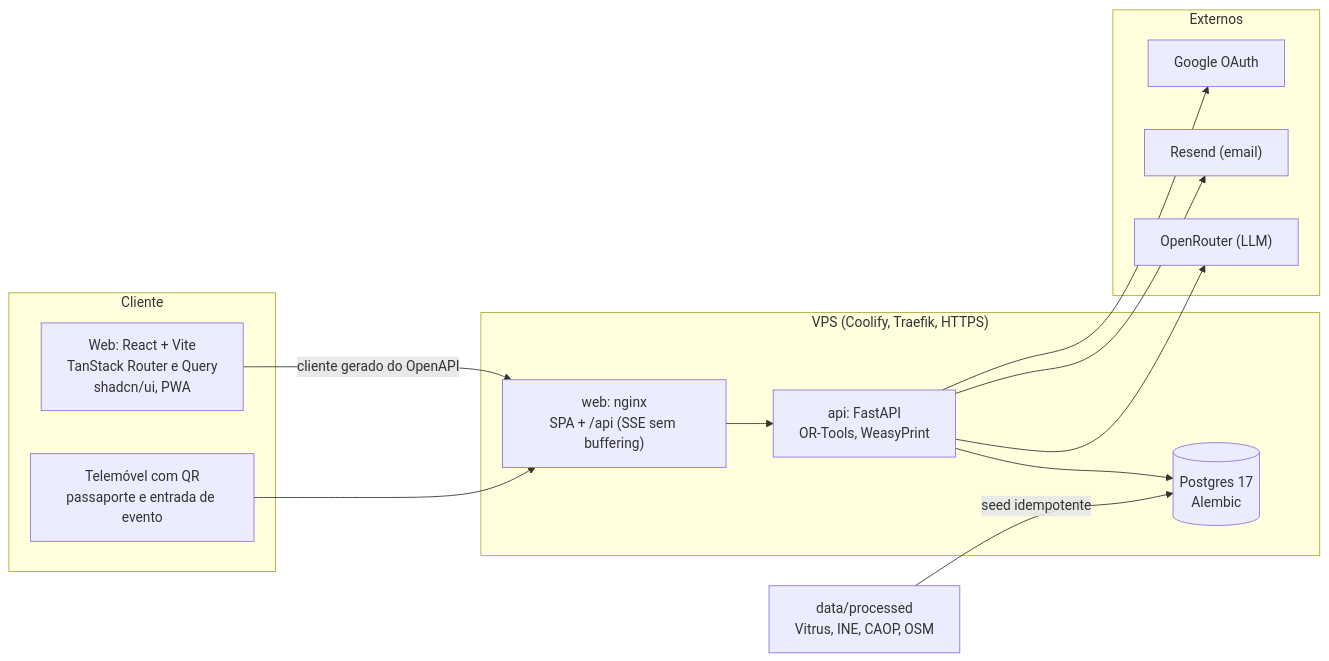
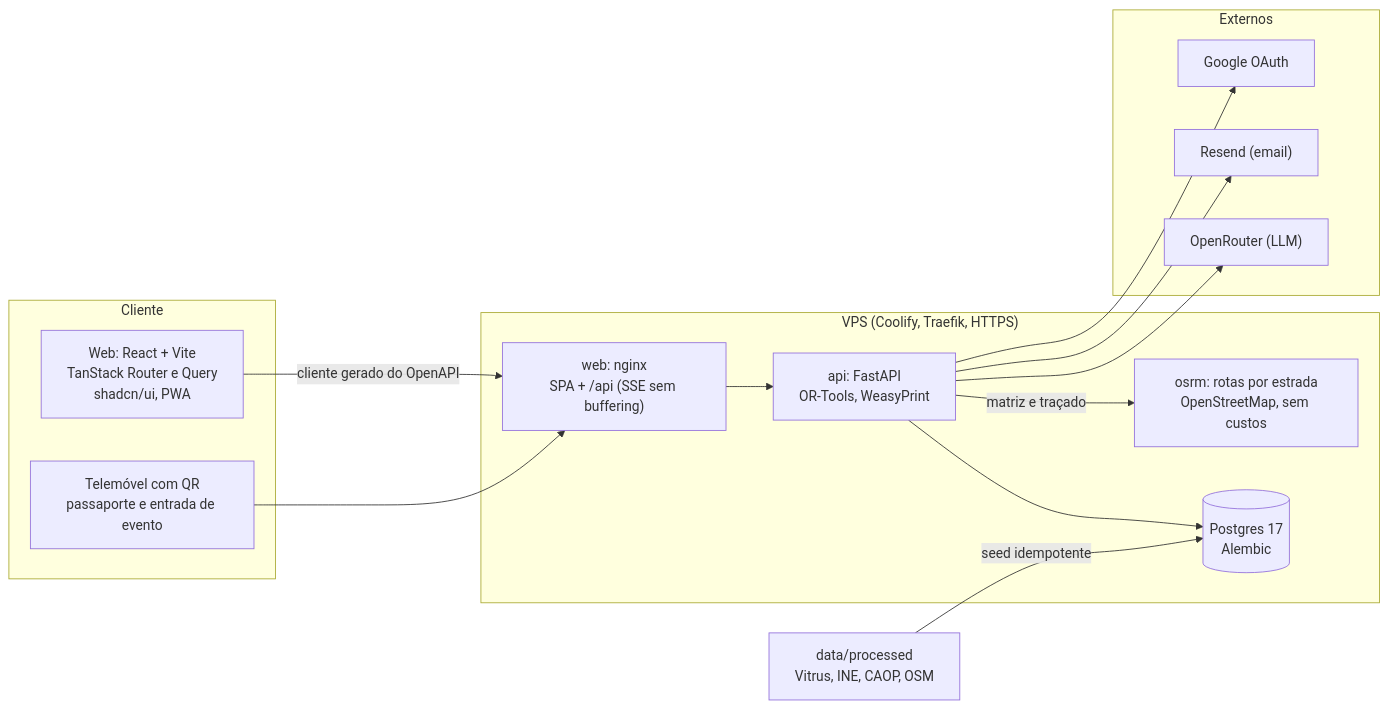
Before and after one commit to helderpgoncalves/novelo: the second of 2 diagrams in README.md, drawn with Mermaid. The commit also changed other lines of this file and 55 other files, not shown here.

````diff
--- a/README.md
+++ b/README.md
@@ -221,24 +222,26 @@
 ```mermaid
 flowchart LR
     subgraph Cliente
         W["Web: React + Vite<br/>TanStack Router e Query<br/>shadcn/ui, PWA"]
         QR["Telemóvel com QR<br/>passaporte e entrada de evento"]
     end
     subgraph VPS["VPS (Coolify, Traefik, HTTPS)"]
         N["web: nginx<br/>SPA + /api (SSE sem buffering)"]
         A["api: FastAPI<br/>OR-Tools, WeasyPrint"]
         D[("Postgres 17<br/>Alembic")]
+        OS["osrm: rotas por estrada<br/>OpenStreetMap, sem custos"]
     end
     subgraph Externos
         OR["OpenRouter (LLM)"]
         RS["Resend (email)"]
         GO["Google OAuth"]
     end
     W -->|"cliente gerado do OpenAPI"| N
     QR --> N
     N --> A --> D
+    A -->|"matriz e traçado"| OS
     A --> OR
     A --> RS
     A --> GO
     X["data/processed<br/>Vitrus, INE, CAOP, OSM"] -->|"seed idempotente"| D
 ```
````
